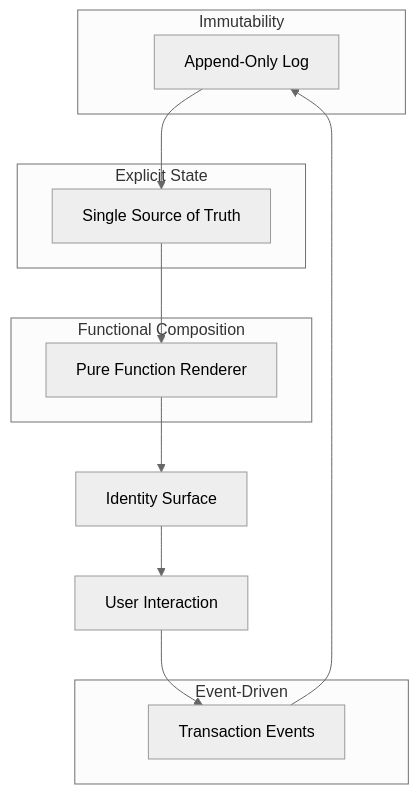
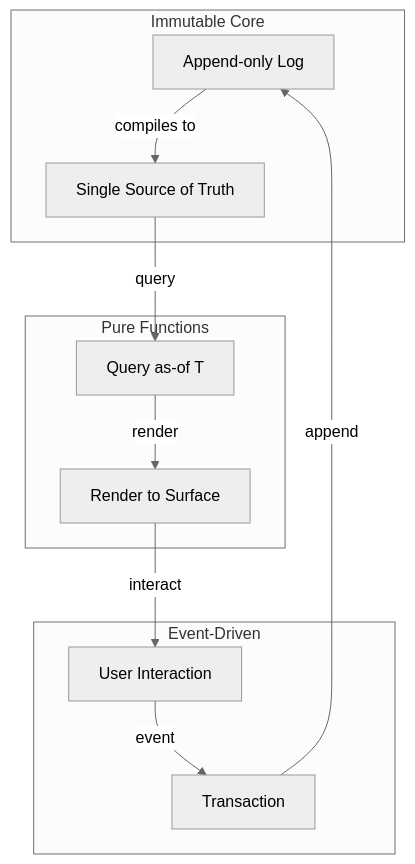
Before and after one commit to Synthetic-Identity-Co/conj-talk-2025: the fourth of 7 diagrams in conj-talk-2025.md, drawn with Mermaid (neutral theme). The commit also changed other lines of this file, not shown here.

````diff
--- a/conj-talk-2025.md
+++ b/conj-talk-2025.md
@@ -230,22 +228,24 @@
 ```mermaid
 graph TB
-    subgraph "Immutability"
-        A[Append-Only Log]
-    end
-    subgraph "Explicit State"
+    subgraph "Immutable Core"
+        A[Append-only Log]
         B[Single Source of Truth]
     end
-    subgraph "Functional Composition"
-        C[Pure Function Renderer]
-    end
-    subgraph "Event-Driven"
-        D[Transaction Events]
+    
+    subgraph "Pure Functions"
+        C[Query as-of T]
+        D[Render to Surface]
     end
     
-    A --> B
-    B --> C
-    C --> E[Identity Surface]
-    E --> F[User Interaction]
-    F --> D
-    D --> A
+    subgraph "Event-Driven"
+        E[User Interaction]
+        F[Transaction]
+    end
+    
+    A -->|compiles to| B
+    B -->|query| C
+    C -->|render| D
+    D -->|interact| E
+    E -->|event| F
+    F -->|append| A
 ```
````
